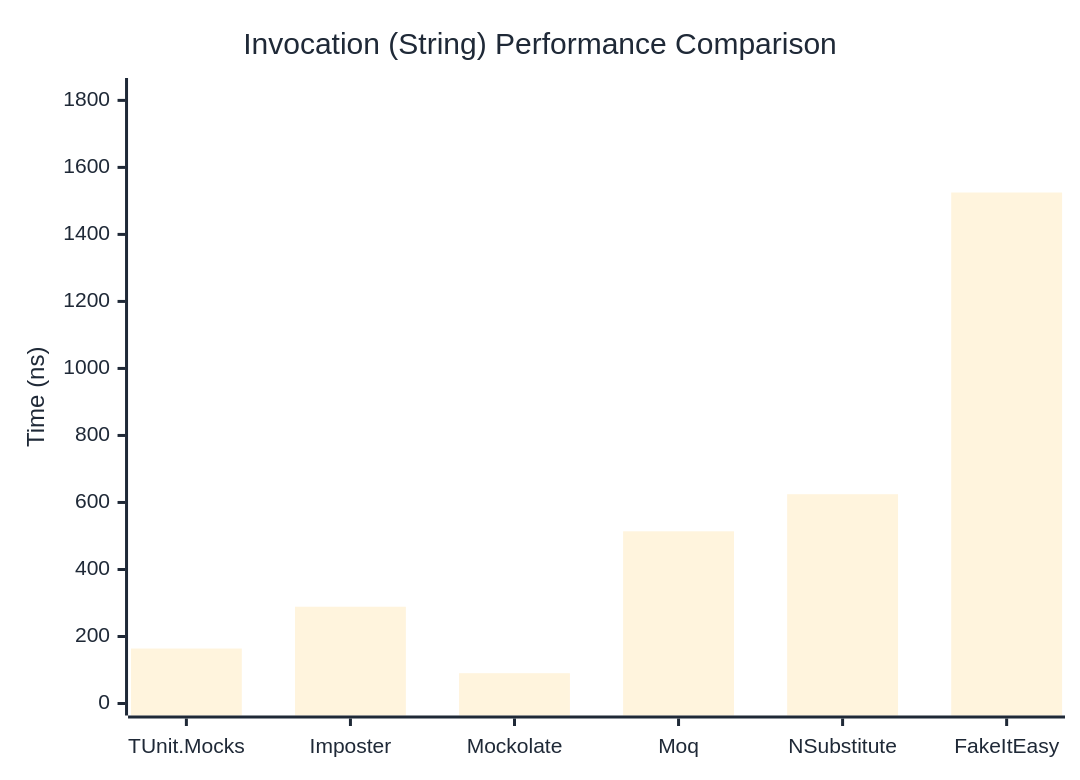
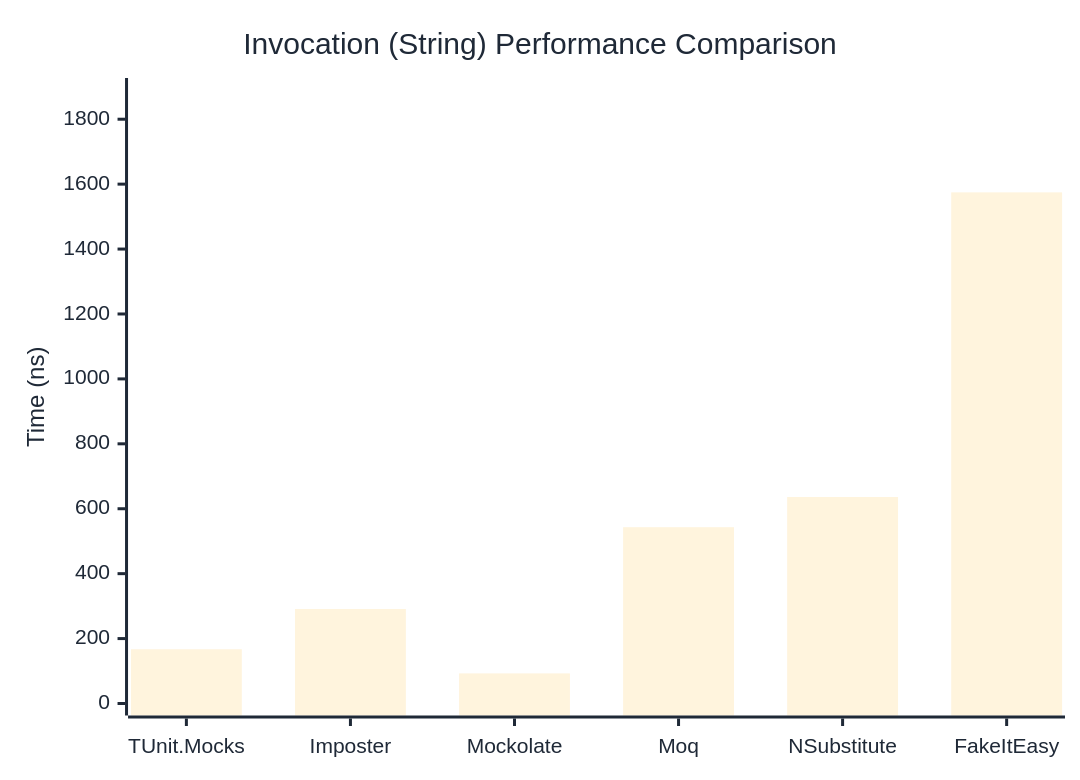
The second of 3 diagrams in docs/docs/benchmarks/mocks/Invocation.md (thomhurst/TUnit), drawn with Mermaid before and after one commit. The commit also changed other lines of this file and 14 other files, not shown here.

````diff
--- a/docs/docs/benchmarks/mocks/Invocation.md
+++ b/docs/docs/benchmarks/mocks/Invocation.md
@@ -71,27 +71,27 @@
 ```mermaid
 %%{init: {
   'theme':'base',
   'themeVariables': {
     'primaryColor': '#2563eb',
     'primaryTextColor': '#1f2937',
     'primaryBorderColor': '#1e40af',
     'lineColor': '#6b7280',
     'secondaryColor': '#7c3aed',
     'tertiaryColor': '#dc2626',
     'background': '#ffffff',
     'pie1': '#2563eb',
     'pie2': '#7c3aed',
     'pie3': '#dc2626',
     'pie4': '#f59e0b',
     'pie5': '#10b981',
     'pie6': '#06b6d4',
     'pie7': '#ec4899',
     'pie8': '#6366f1'
   }
 }}%%
 xychart-beta
   title "Invocation (String) Performance Comparison"
   x-axis ["TUnit.Mocks", "Imposter", "Mockolate", "Moq", "NSubstitute", "FakeItEasy"]
-  y-axis "Time (ns)" 0 --> 1831
-  bar [164.06, 288.77, 90.43, 513.89, 624.63, 1525.07]
+  y-axis "Time (ns)" 0 --> 1890
+  bar [167.15, 291.19, 92.76, 543.19, 636.18, 1574.66]
 ```
````
